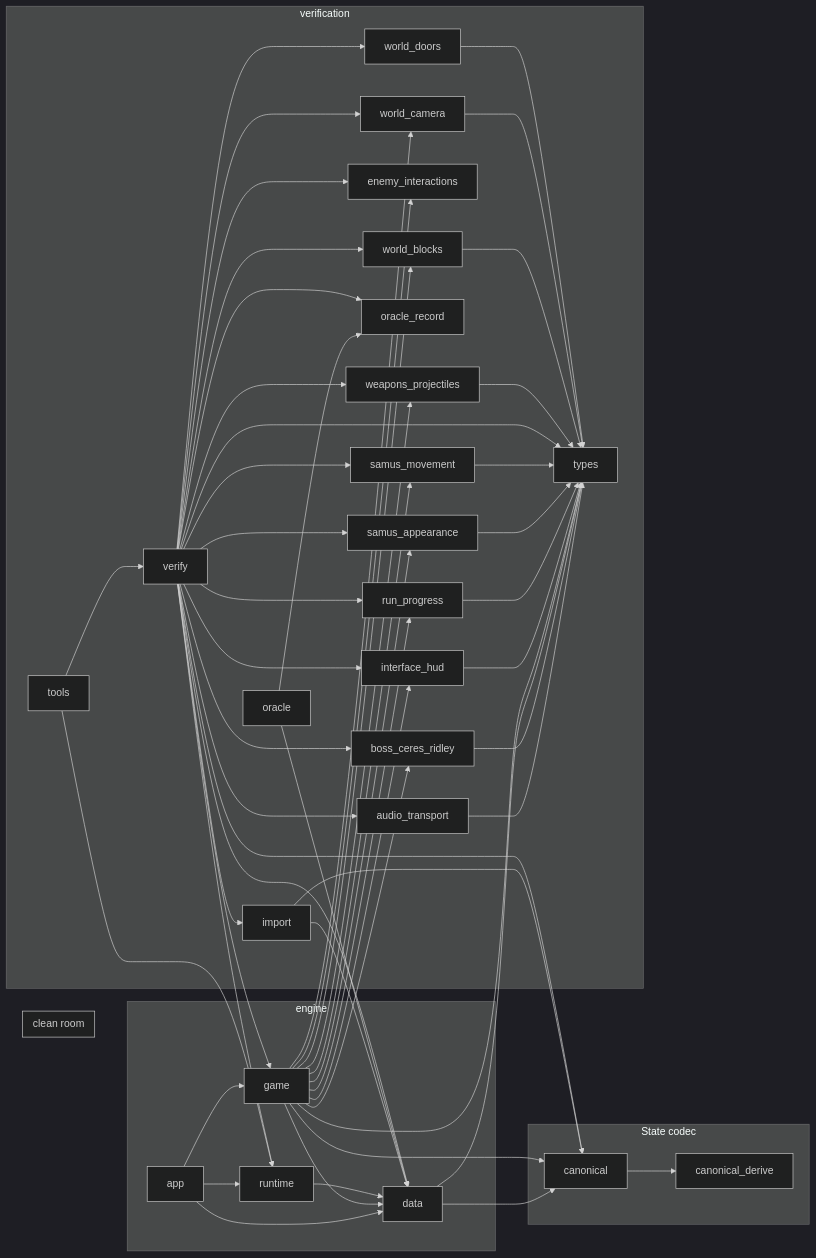
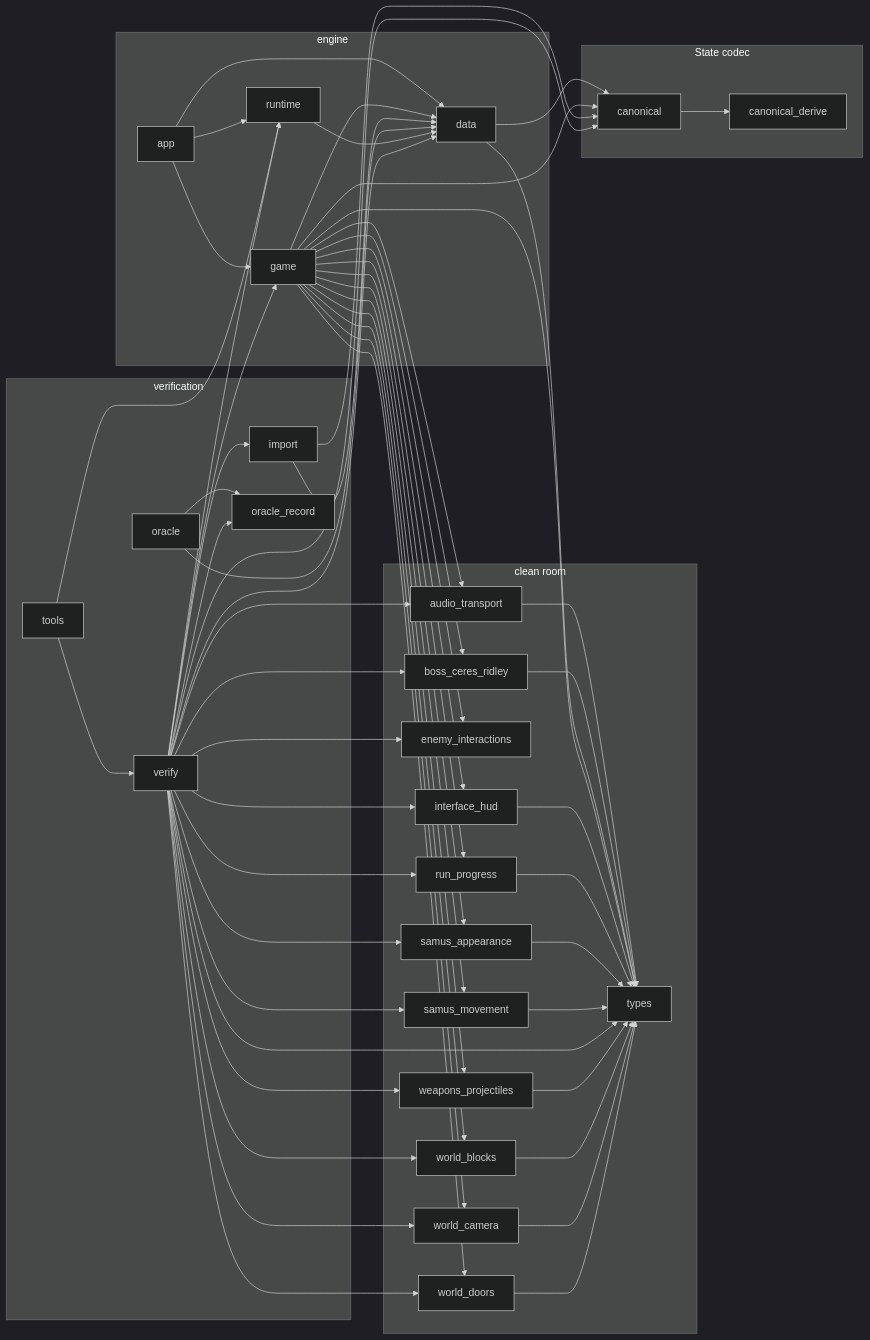
Before and after one commit to JimLundin/sm-decomp: the second of 13 diagrams in docs/REPORT.md, drawn with Mermaid (dark theme). The commit also changed other lines of this file and 256 other files, not shown here.

```diff
--- a/docs/REPORT.md
+++ b/docs/REPORT.md
@@ -1186,29 +710,29 @@
     c_runtime["runtime"]
   end
   subgraph clean["clean room"]
+    c_audio_transport["audio_transport"]
+    c_boss_ceres_ridley["boss_ceres_ridley"]
+    c_enemy_interactions["enemy_interactions"]
+    c_interface_hud["interface_hud"]
+    c_run_progress["run_progress"]
+    c_samus_appearance["samus_appearance"]
+    c_samus_movement["samus_movement"]
+    c_types["types"]
+    c_weapons_projectiles["weapons_projectiles"]
+    c_world_blocks["world_blocks"]
+    c_world_camera["world_camera"]
+    c_world_doors["world_doors"]
   end
   subgraph codec["State codec"]
     c_canonical["canonical"]
     c_canonical_derive["canonical_derive"]
   end
   subgraph verification["verification"]
-    c_audio_transport["audio_transport"]
-    c_boss_ceres_ridley["boss_ceres_ridley"]
-    c_enemy_interactions["enemy_interactions"]
     c_import["import"]
-    c_interface_hud["interface_hud"]
     c_oracle["oracle"]
     c_oracle_record["oracle_record"]
-    c_run_progress["run_progress"]
-    c_samus_appearance["samus_appearance"]
-    c_samus_movement["samus_movement"]
     c_tools["tools"]
-    c_types["types"]
     c_verify["verify"]
-    c_weapons_projectiles["weapons_projectiles"]
-    c_world_blocks["world_blocks"]
-    c_world_camera["world_camera"]
-    c_world_doors["world_doors"]
   end
   c_app --> c_data
   c_app --> c_game
@@ -1218,6 +742,7 @@
   c_canonical --> c_canonical_derive
   c_data --> c_canonical
   c_data --> c_types
+  c_game --> c_audio_transport
   c_game --> c_boss_ceres_ridley
   c_game --> c_canonical
   c_game --> c_data
@@ -1230,6 +755,7 @@
   c_game --> c_weapons_projectiles
   c_game --> c_world_blocks
   c_game --> c_world_camera
+  c_game --> c_world_doors
   c_import --> c_canonical
   c_import --> c_data
   c_interface_hud --> c_types
```
